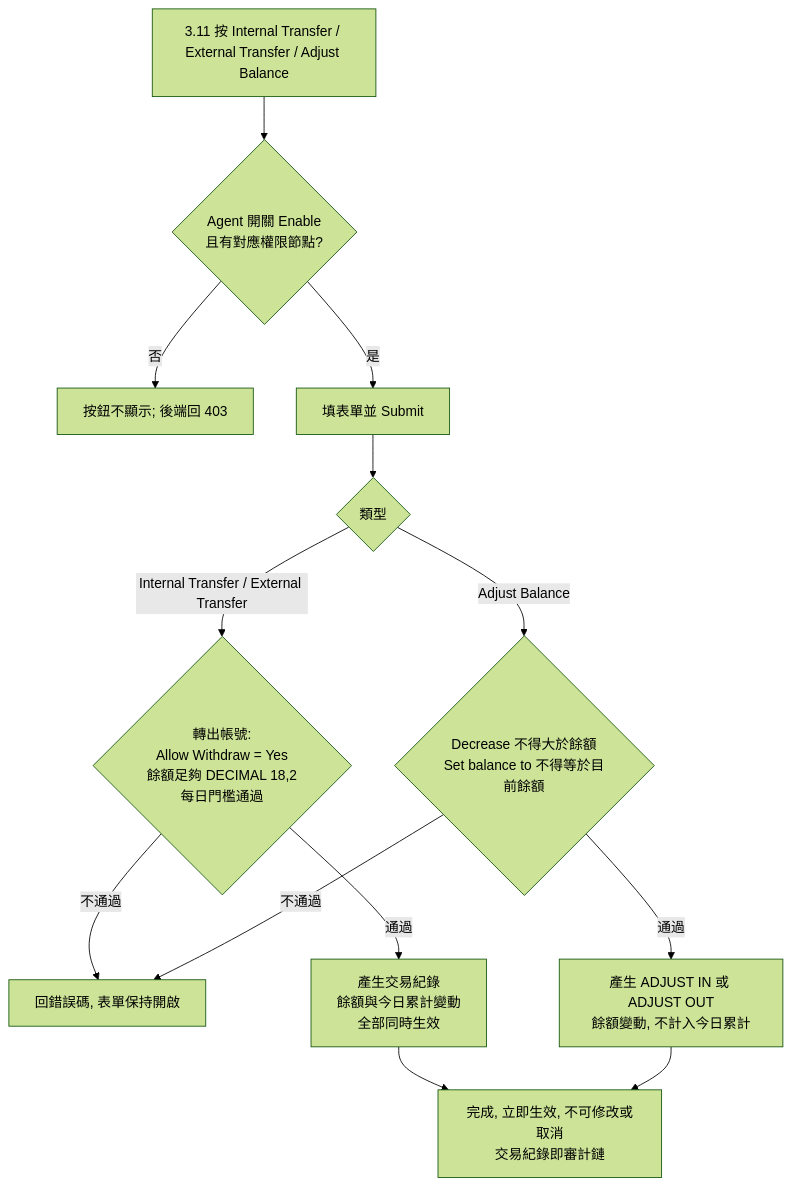
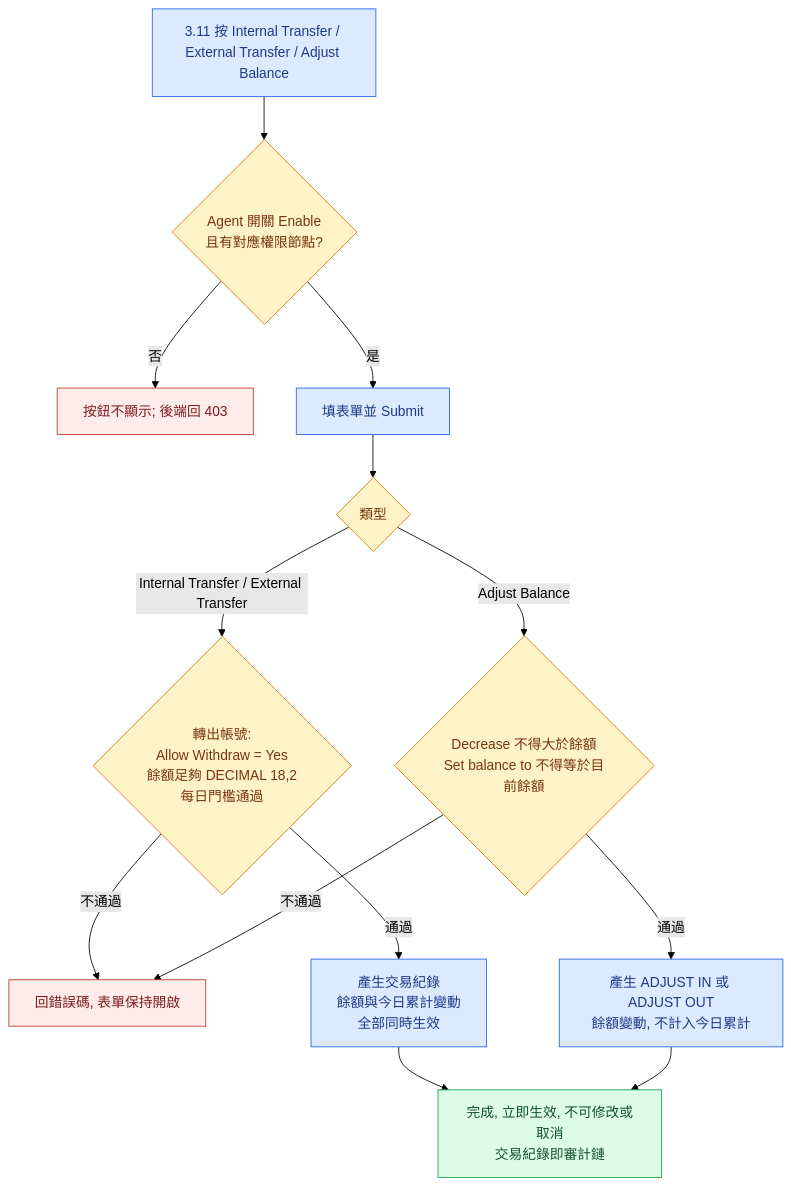
The diagram in withdraw-payment-account/withdraw_payment_account_flow_manual.mmd (guswei/betally-bo-mockup), drawn with Mermaid (forest theme) before and after one commit. The commit also changed 7 other files, not shown here.

First line of the commit message:
Color payment account flowcharts and link PNGs from the PRD

```diff
--- a/withdraw-payment-account/withdraw_payment_account_flow_manual.mmd
+++ b/withdraw-payment-account/withdraw_payment_account_flow_manual.mmd
@@ -1,13 +1,21 @@
 flowchart TD
     A[3.11 按 Internal Transfer / External Transfer / Adjust Balance] --> G{Agent 開關 Enable<br/>且有對應權限節點?}
     G -- 否 --> N[按鈕不顯示; 後端回 403]
     G -- 是 --> F[填表單並 Submit]
     F --> K{類型}
     K -- Internal Transfer / External Transfer --> C1{轉出帳號:<br/>Allow Withdraw = Yes<br/>餘額足夠 DECIMAL 18,2<br/>每日門檻通過}
     K -- Adjust Balance --> C2{Decrease 不得大於餘額<br/>Set balance to 不得等於目前餘額}
     C1 -- 不通過 --> X[回錯誤碼, 表單保持開啟]
     C2 -- 不通過 --> X
     C1 -- 通過 --> R1[產生交易紀錄<br/>餘額與今日累計變動<br/>全部同時生效]
     C2 -- 通過 --> R2[產生 ADJUST IN 或 ADJUST OUT<br/>餘額變動, 不計入今日累計]
     R1 --> Z[完成, 立即生效, 不可修改或取消<br/>交易紀錄即審計鏈]
     R2 --> Z
+    classDef step fill:#dbeafe,stroke:#2563eb,color:#1e3a8a
+    classDef dec  fill:#fef3c7,stroke:#d97706,color:#78350f
+    classDef stop fill:#fdecea,stroke:#c0392b,color:#7f1d1d
+    classDef done fill:#dcfce7,stroke:#16a34a,color:#14532d
+    class A,F,R1,R2 step
+    class G,K,C1,C2 dec
+    class N,X stop
+    class Z done
```
